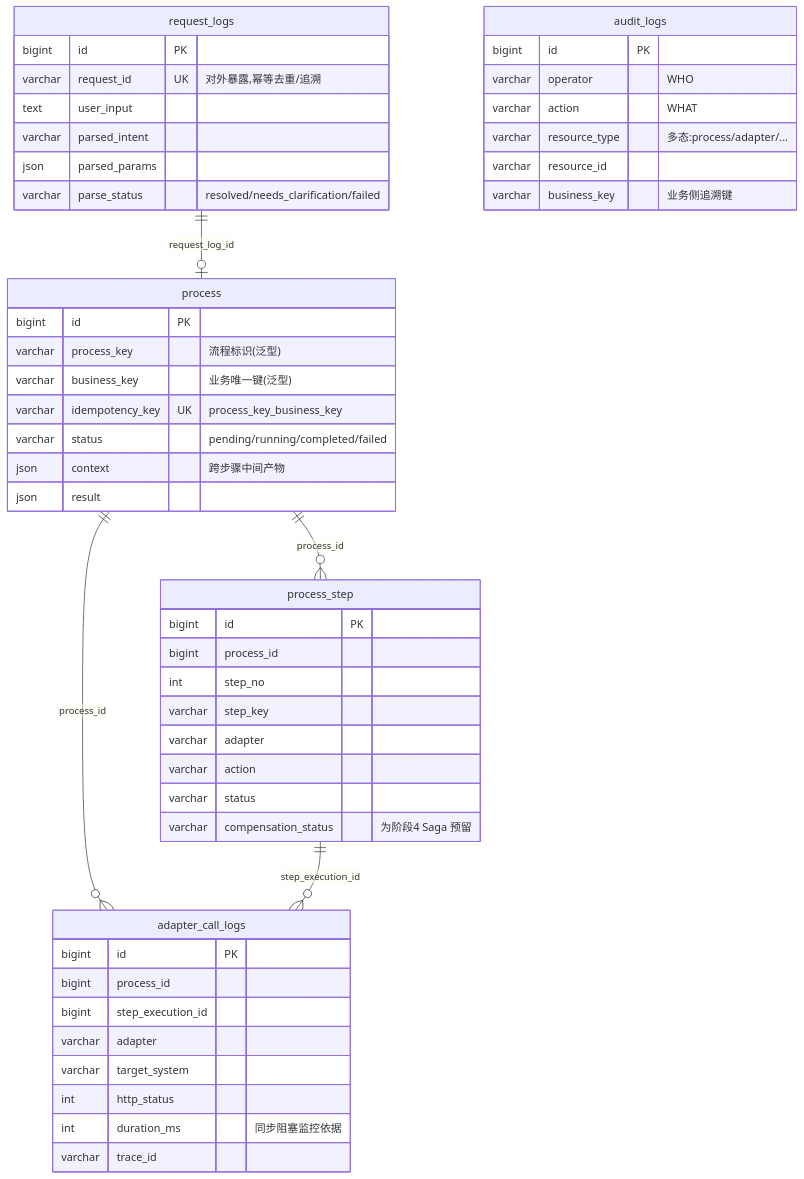
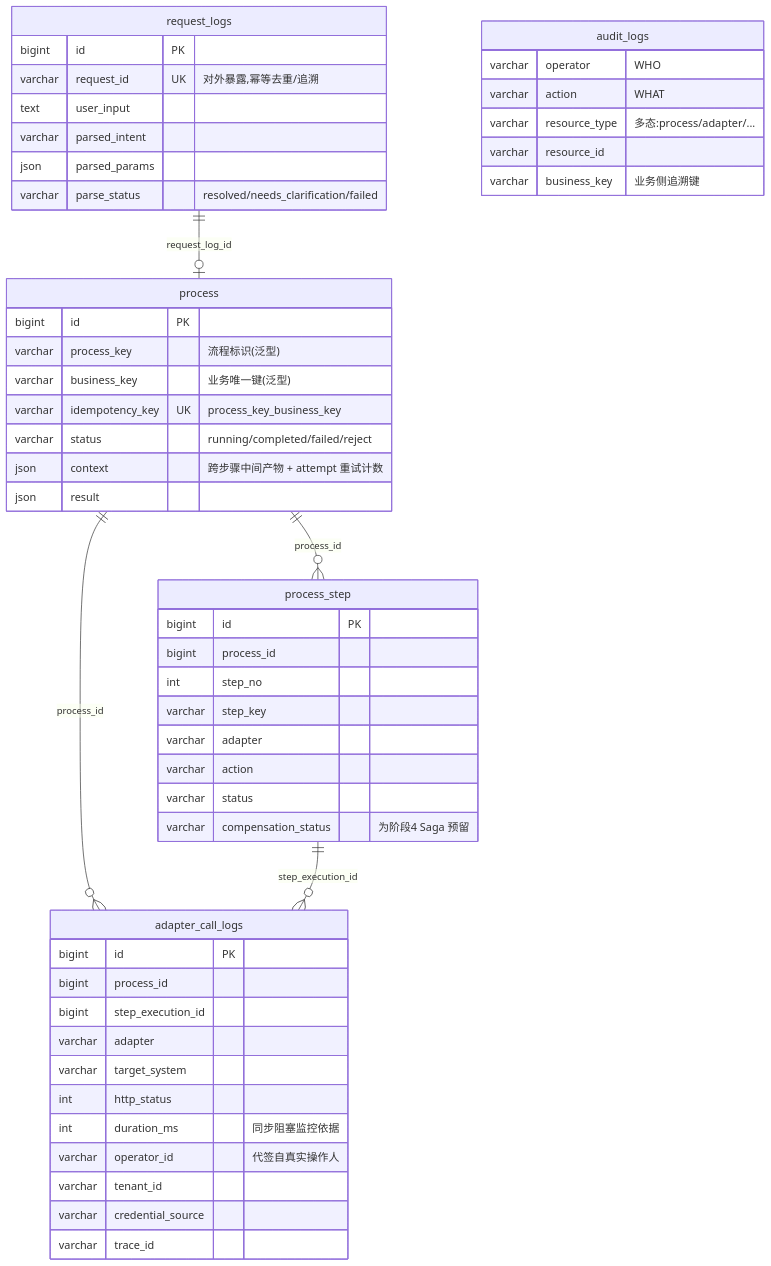
Before and after one commit to zs2731070169-web/smart_talkflow: the second of 2 diagrams in README.md, drawn with Mermaid. The commit also changed other lines of this file and 50 other files, not shown here.

````diff
--- a/README.md
+++ b/README.md
@@ -272,53 +348,55 @@
 ```mermaid
 erDiagram
     request_logs ||--o| process : "request_log_id"
     process ||--o{ process_step : "process_id"
     process ||--o{ adapter_call_logs : "process_id"
     process_step ||--o{ adapter_call_logs : "step_execution_id"
 
     request_logs {
         bigint  id PK
         varchar request_id UK "对外暴露,幂等去重/追溯"
         text    user_input
         varchar parsed_intent
         json    parsed_params
         varchar parse_status "resolved/needs_clarification/failed"
     }
     process {
         bigint  id PK
         varchar process_key "流程标识(泛型)"
         varchar business_key "业务唯一键(泛型)"
         varchar idempotency_key UK "process_key_business_key"
-        varchar status "pending/running/completed/failed"
-        json    context "跨步骤中间产物"
+        varchar status "running/completed/failed/reject"
+        json    context "跨步骤中间产物 + attempt 重试计数"
         json    result
     }
     process_step {
         bigint  id PK
         bigint  process_id
         int     step_no
         varchar step_key
         varchar adapter
         varchar action
         varchar status
         varchar compensation_status "为阶段4 Saga 预留"
     }
     adapter_call_logs {
         bigint  id PK
         bigint  process_id
         bigint  step_execution_id
         varchar adapter
         varchar target_system
         int     http_status
         int     duration_ms "同步阻塞监控依据"
+        varchar operator_id "代签自真实操作人"
+        varchar tenant_id
+        varchar credential_source
         varchar trace_id
     }
     audit_logs {
-        bigint  id PK
         varchar operator "WHO"
         varchar action "WHAT"
         varchar resource_type "多态:process/adapter/..."
         varchar resource_id
         varchar business_key "业务侧追溯键"
     }
 ```
````
